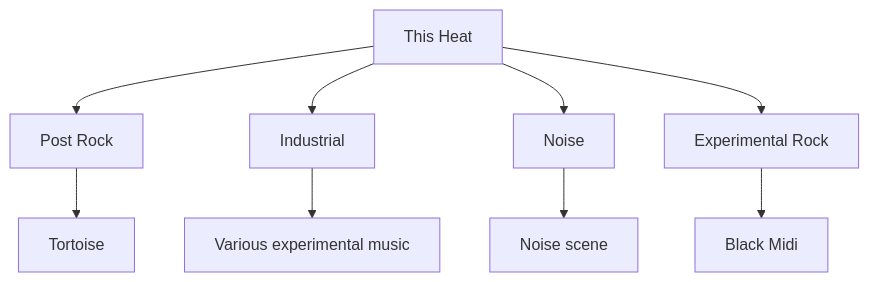
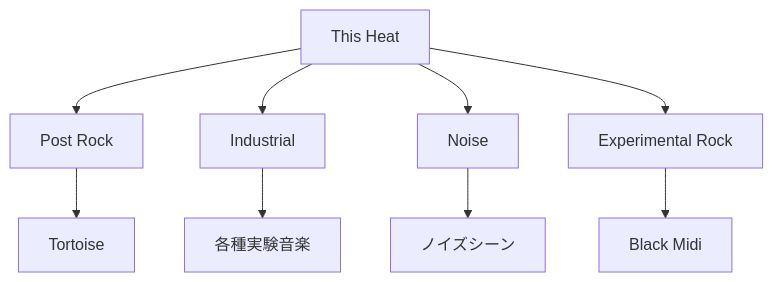
The eighth of 10 diagrams in en/_posts/2026-05-16-column-this-heat.md (monumental-movement/monumental-movement.github.io), drawn with Mermaid before and after one commit. The commit also changed other lines of this file and 2196 other files, not shown here.

```diff
--- a/en/_posts/2026-05-16-column-this-heat.md
+++ b/en/_posts/2026-05-16-column-this-heat.md
@@ -299,11 +299,11 @@
 <div class="mermaid">
 flowchart TD
 A["This Heat"] --> B["Post Rock"]
 A --> C["Industrial"]
 A --> D["Noise"]
 A --> E["Experimental Rock"]
 B --> F["Tortoise"]
-C --> G["Various experimental music"]
-D --> H["Noise scene"]
+C --> G["各種実験音楽"]
+D --> H["ノイズシーン"]
 E --> I["Black Midi"]
 </div>
```
